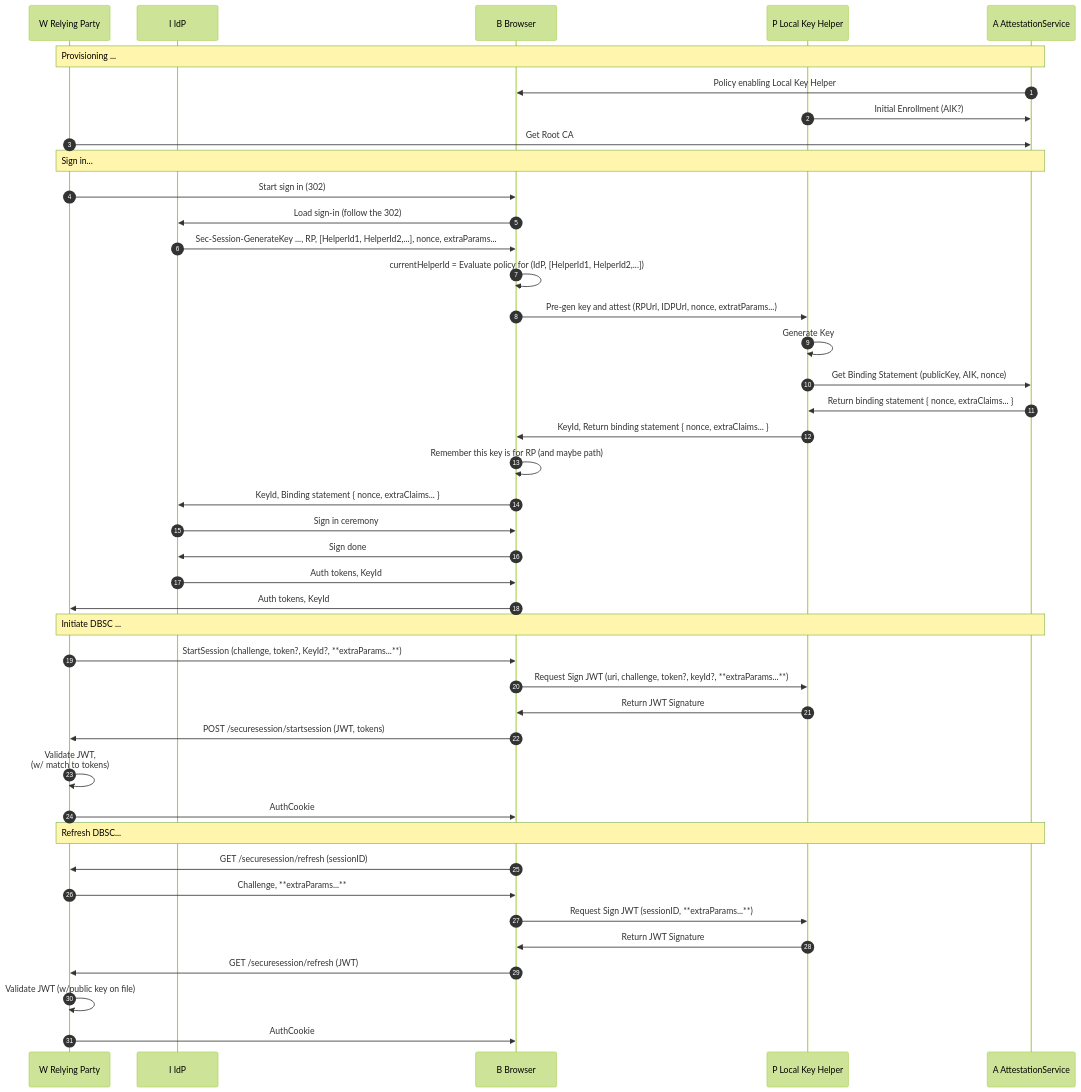
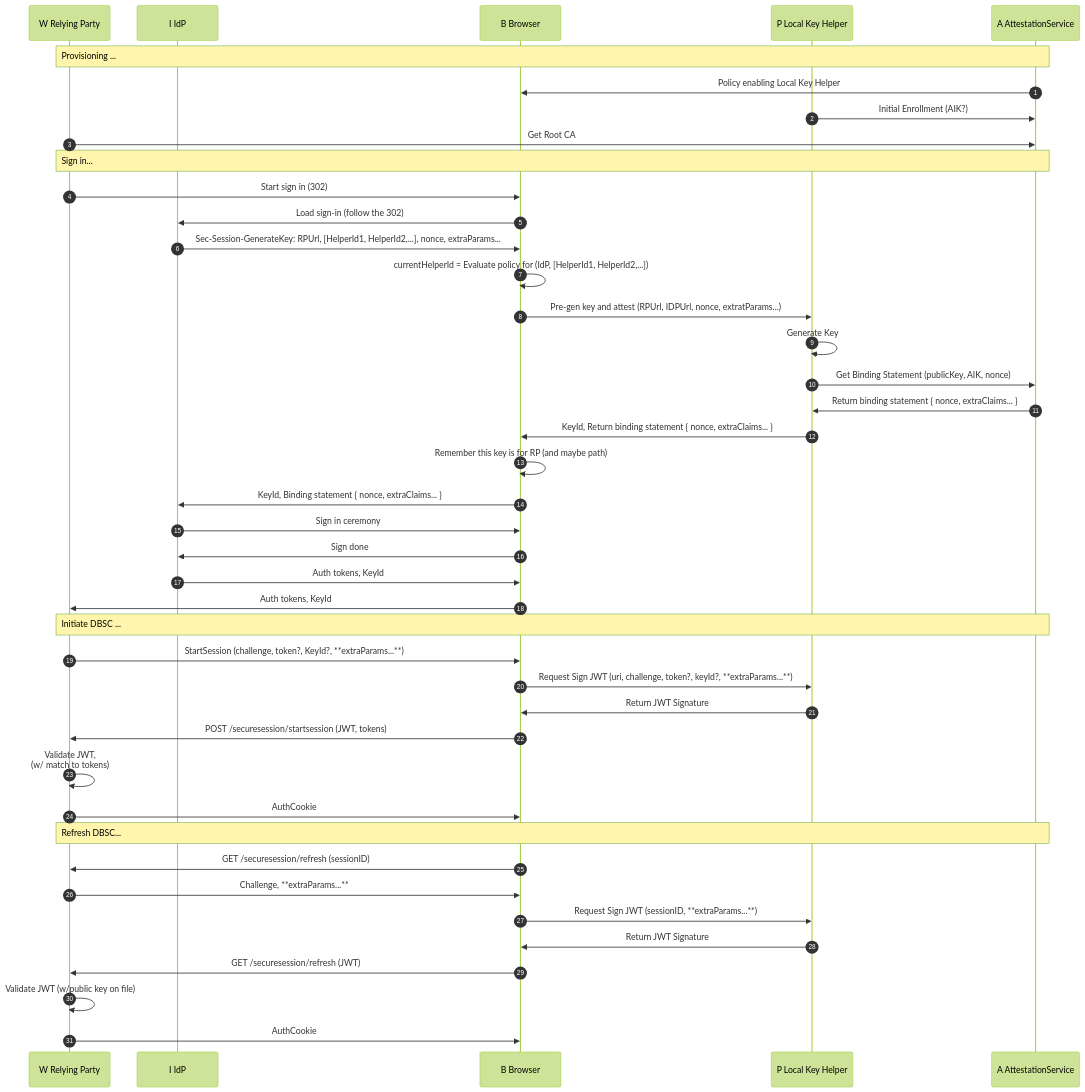
The first of 8 diagrams in README.md (alextok/dbsc-discussions), drawn with Mermaid (forest theme) before and after one commit. The commit also changed other lines of this file, not shown here.

````diff
--- a/README.md
+++ b/README.md
@@ -3,53 +3,53 @@
 ```mermaid
 sequenceDiagram
 %%{ init: { 'sequence': { 'noteAlign': 'left'} } }%%
 autonumber 1
 participant W as W Relying Party
 participant I as I IdP
 participant B as B Browser
 participant P as P Local Key Helper
 participant A as A AttestationService
 
 Note over W, A: Provisioning ...
 A->>B: Policy enabling Local Key Helper
 P->>A: Initial Enrollment (AIK?)
 W->>A: Get Root CA
 Note over W, A: Sign in...
 W->>B: Start sign in (302)
 B->>I: Load sign-in (follow the 302)
  
-I->>B: Sec-Session-GenerateKey ..., RP, [HelperId1, HelperId2,...], nonce, extraParams...
+I->>B: Sec-Session-GenerateKey: RPUrl, [HelperId1, HelperId2,...], nonce, extraParams...
 B->>B: currentHelperId = Evaluate policy for (IdP, [HelperId1, HelperId2,...])
 B->>P: Pre-gen key and attest (RPUrl, IDPUrl, nonce, extratParams...)
  
 P->>P: Generate Key
  
 P->>A: Get Binding Statement (publicKey, AIK, nonce)
 A->>P: Return binding statement { nonce, extraClaims... }
 P->>B: KeyId, Return binding statement { nonce, extraClaims... }
 B->>B: Remember this key is for RP (and maybe path)
 B->>I: KeyId, Binding statement { nonce, extraClaims... }
  
 I->>B: Sign in ceremony
 B->>I: Sign done
  
 I->>B: Auth tokens, KeyId
 B->>W: Auth tokens, KeyId
  
 Note over W, A: Initiate DBSC ...
 W->>B: StartSession (challenge, token?, KeyId?, **extraParams...**)
 B->>P: Request Sign JWT (uri, challenge, token?, keyId?, **extraParams...**)
 P->>B: Return JWT Signature
 B->>W: POST /securesession/startsession (JWT, tokens)
 W->>W: Validate JWT, <br/>(w/ match to tokens)
 W->>B: AuthCookie
 
 Note over W, A: Refresh DBSC...
 B->>W: GET /securesession/refresh (sessionID)
 W->>B: Challenge, **extraParams...**
 B->>P: Request Sign JWT (sessionID, **extraParams...**)
 P->>B: Return JWT Signature
 B->>W: GET /securesession/refresh (JWT)
 W->>W: Validate JWT (w/public key on file)
 W->>B: AuthCookie
 ```
````
